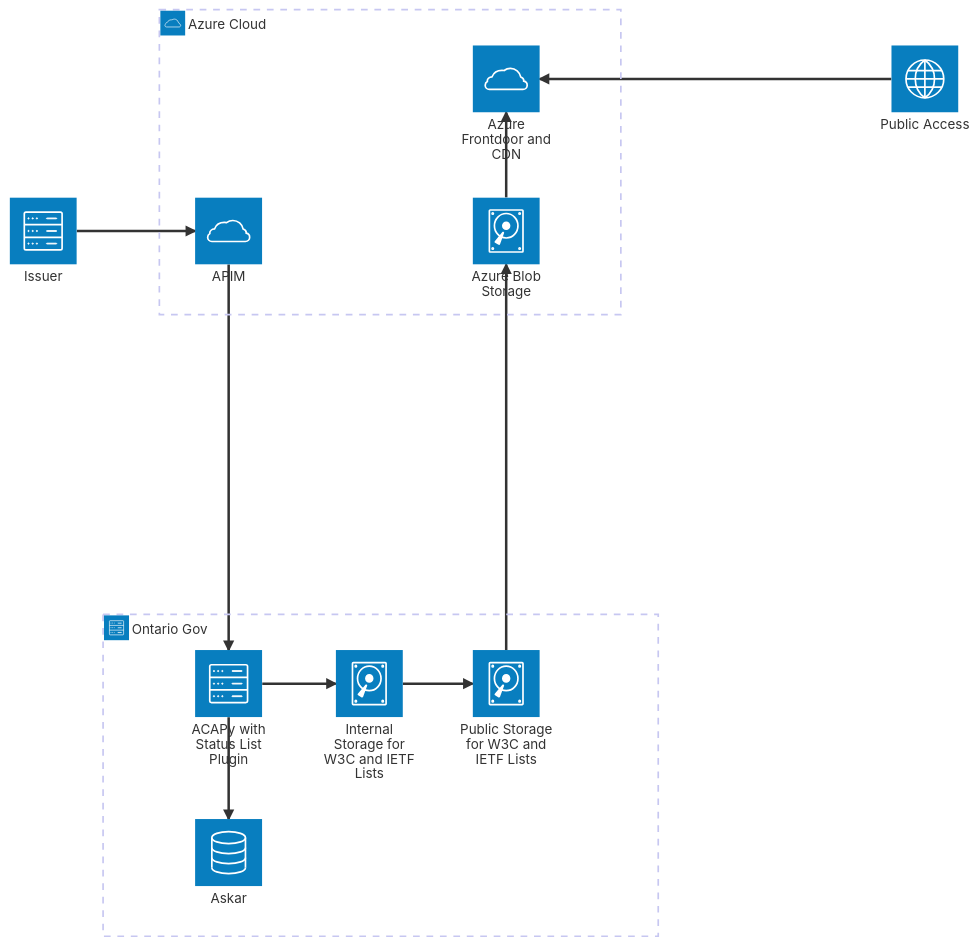
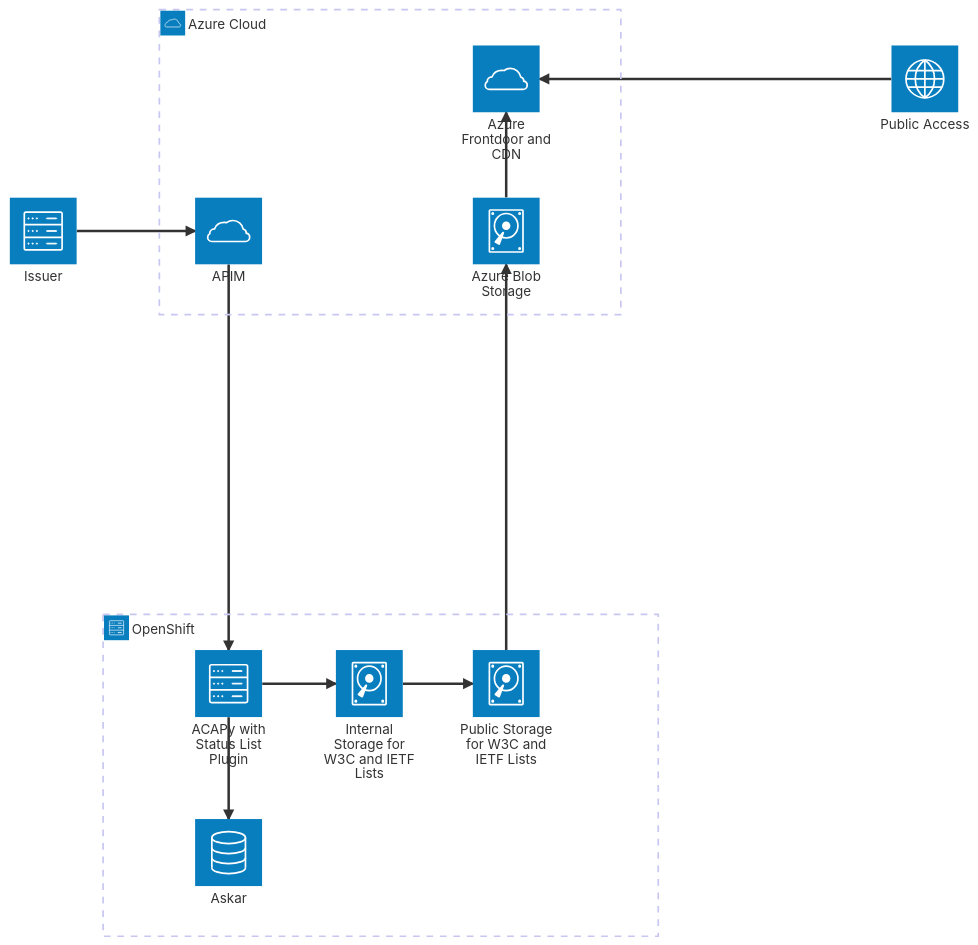
The first of 4 diagrams in status_list/README.md (openwallet-foundation/acapy-plugins), drawn with Mermaid before and after one commit. The commit also changed other lines of this file, not shown here.

````diff
--- a/status_list/README.md
+++ b/status_list/README.md
@@ -8,24 +10,24 @@
 ```mermaid
 architecture-beta
-    group ongov(server)[Ontario Gov]
+    group openshift(server)[OpenShift]
     group azure(cloud)[Azure Cloud]
 
     service issuer(server)[Issuer]
     service apim(cloud)[APIM] in azure
-    service acapy(server)[ACAPy with Status List Plugin] in ongov
-    service askar(database)[Askar] in ongov
-    service int_store(disk)[Internal Storage for W3C and IETF Lists] in ongov
-    service pub_store(disk)[Public Storage for W3C and IETF Lists] in ongov
+    service acapy(server)[ACAPy with Status List Plugin] in openshift
+    service askar(database)[Askar] in openshift
+    service int_store(disk)[Internal Storage for W3C and IETF Lists] in openshift
+    service pub_store(disk)[Public Storage for W3C and IETF Lists] in openshift
     service blob_store(disk)[Azure Blob Storage] in azure
     service azure_cdn(cloud)[Azure Frontdoor and CDN] in azure
     service public(internet)[Public Access]
 
     issuer:R --> L:apim
     apim:B --> T:acapy
     acapy:B --> T:askar
     acapy:R --> L:int_store
     int_store:R --> L:pub_store
     blob_store:B <-- T:pub_store
     azure_cdn:B <-- T:blob_store
     public:L --> R:azure_cdn
 ```
````
